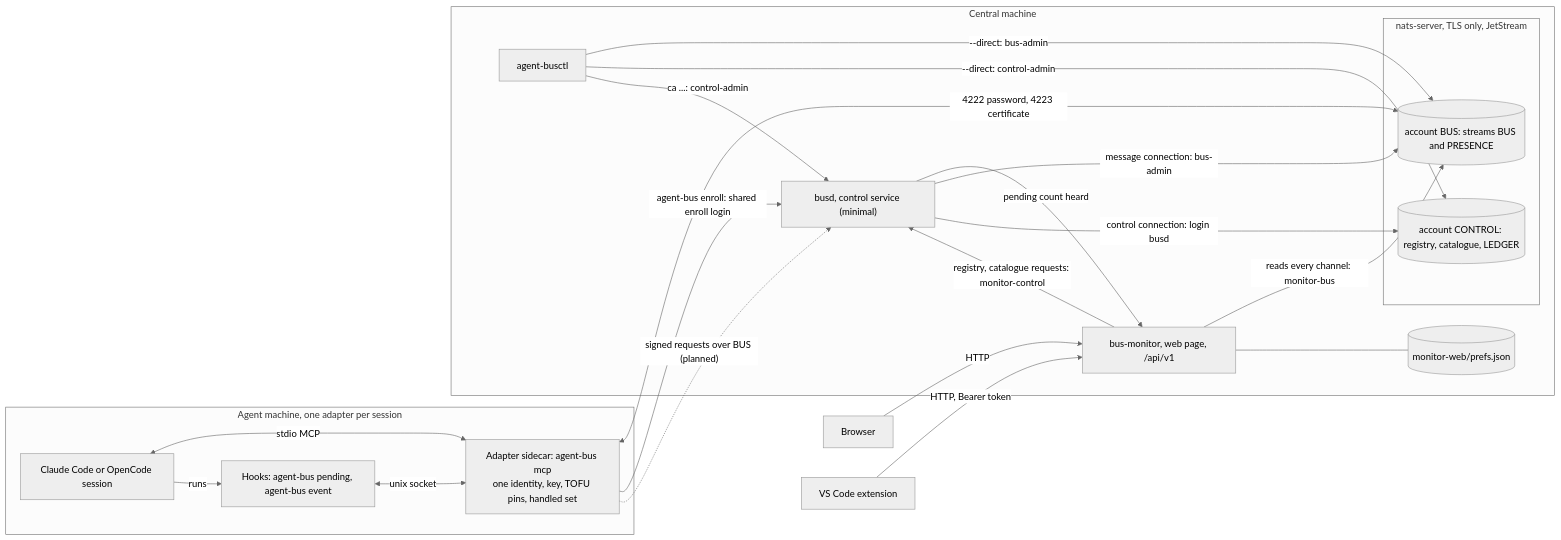
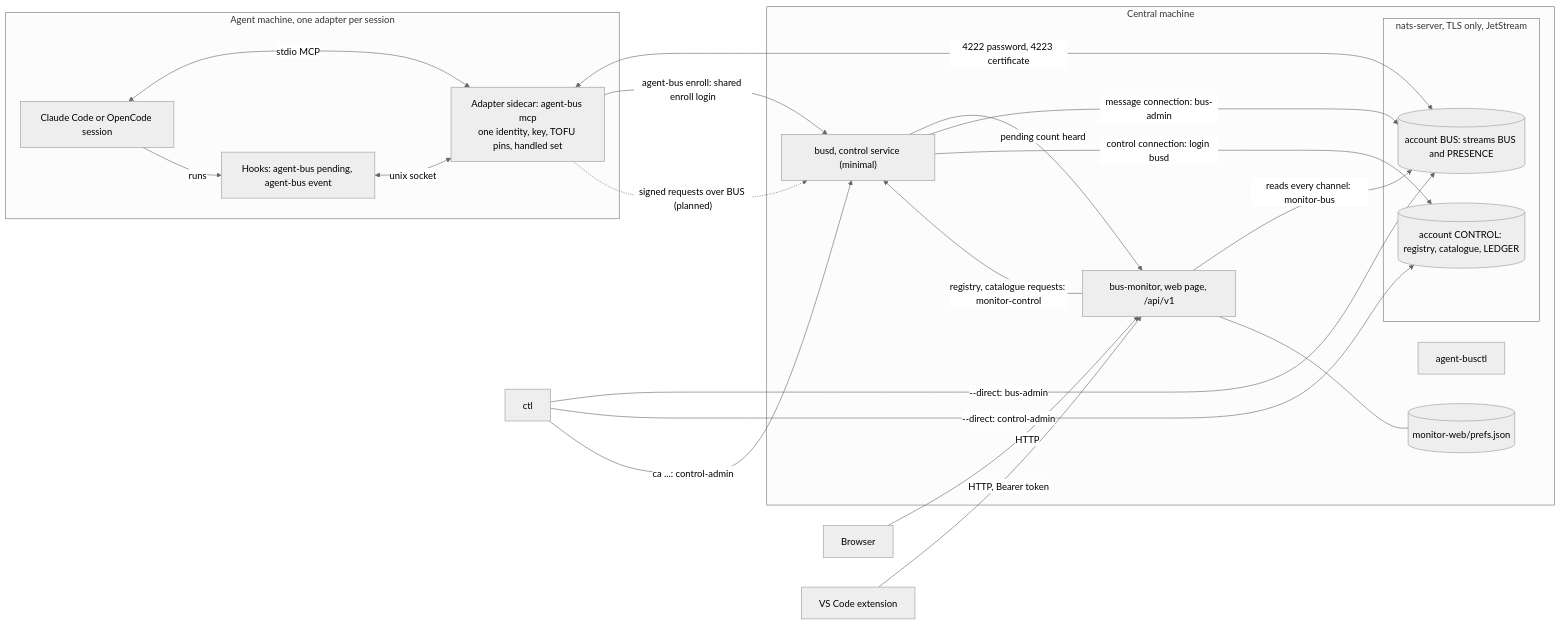
The diagram in docs/design/architecture.md (gentoomaniac/agent-bus), drawn with Mermaid (neutral theme) before and after one commit. The commit also changed 2 other files, not shown here.

Commit message:
docs: the admin CLI is agent-busctl everywhere, decisions history included
Mermaid node ids read ctl instead of the bare name. Decision 40 loses its
open-name remark.

Claude-Session: https://claude.ai/code/session_017TJfhVKx66wQNnmJSAS39y

````diff
--- a/docs/design/architecture.md
+++ b/docs/design/architecture.md
@@ -20,37 +20,37 @@
 ```mermaid
 flowchart LR
   subgraph machine["Agent machine, one adapter per session"]
     session["Claude Code or OpenCode session"]
     hooks["Hooks: agent-bus pending, agent-bus event"]
     adapter["Adapter sidecar: agent-bus mcp<br/>one identity, key, TOFU pins, handled set"]
     session <-->|"stdio MCP"| adapter
     hooks <-->|"unix socket"| adapter
     session -->|"runs"| hooks
   end
   subgraph central["Central machine"]
     subgraph nats["nats-server, TLS only, JetStream"]
       buss[("account BUS: streams BUS and PRESENCE")]
       control[("account CONTROL: registry, catalogue, LEDGER")]
     end
     busctl["agent-busctl"]
     monitor["bus-monitor, web page, /api/v1"]
     busd["busd, control service (minimal)"]
     prefs[("monitor-web/prefs.json")]
   end
   browser["Browser"]
   vscode["VS Code extension"]
   adapter <-->|"4222 password, 4223 certificate"| buss
-  busctl -->|"--direct: bus-admin"| buss
-  busctl -->|"--direct: control-admin"| control
-  busctl -->|"ca ...: control-admin"| busd
+  ctl -->|"--direct: bus-admin"| buss
+  ctl -->|"--direct: control-admin"| control
+  ctl -->|"ca ...: control-admin"| busd
   adapter -->|"agent-bus enroll: shared enroll login"| busd
   monitor -->|"reads every channel: monitor-bus"| buss
   monitor -->|"registry, catalogue requests: monitor-control"| busd
   busd -->|"pending count heard"| monitor
   monitor --- prefs
   browser -->|"HTTP"| monitor
   vscode -->|"HTTP, Bearer token"| monitor
   busd -->|"message connection: bus-admin"| buss
   busd -->|"control connection: login busd"| control
   adapter -.->|"signed requests over BUS (planned)"| busd
 ```
````
